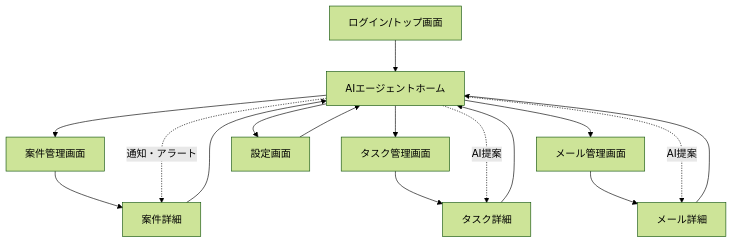
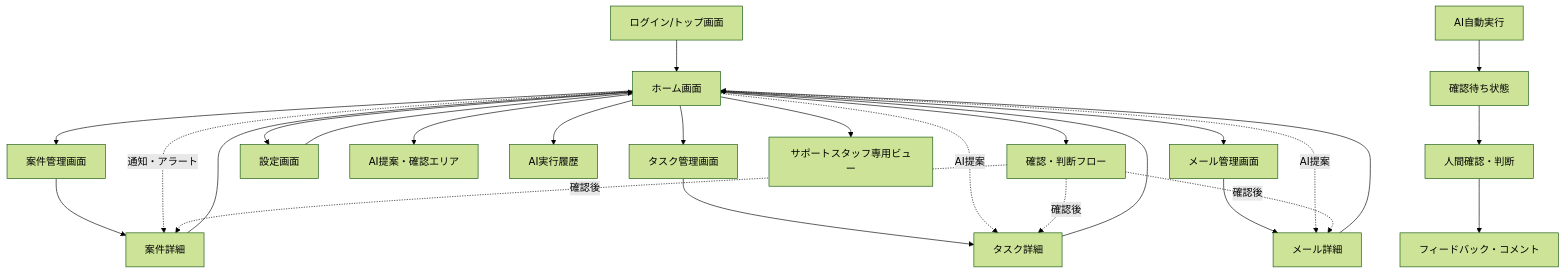
Before and after one commit to h-fujioka/salesmock: the diagram in docs/ScreenFlow_SalesOn.md, drawn with Mermaid (forest theme). The commit also changed other lines of this file and 122 other files, not shown here.

````diff
--- a/docs/ScreenFlow_SalesOn.md
+++ b/docs/ScreenFlow_SalesOn.md
@@ -7,29 +7,58 @@
 ```mermaid
 flowchart TD
     Start["ログイン/トップ画面"]
-    Home["AIエージェントホーム"]
+    Home["ホーム画面"]
     CaseList["案件管理画面"]
     TaskList["タスク管理画面"]
     MailList["メール管理画面"]
     CaseDetail["案件詳細"]
     TaskDetail["タスク詳細"]
     MailDetail["メール詳細"]
     Settings["設定画面"]
+    
+    %% ホーム画面内の確認フロー
+    AIProposal["AI提案・確認エリア"]
+    AIHistory["AI実行履歴"]
+    ApprovalFlow["確認・判断フロー"]
+    SupportView["サポートスタッフ専用ビュー"]
+    
+    %% サブフロー
+    AIAutoExec["AI自動実行"]
+    PendingReview["確認待ち状態"]
+    HumanReview["人間確認・判断"]
+    Feedback["フィードバック・コメント"]
 
     Start --> Home
     Home --> CaseList
     Home --> TaskList
     Home --> MailList
     Home --> Settings
     CaseList --> CaseDetail
     TaskList --> TaskDetail
     MailList --> MailDetail
     CaseDetail --> Home
     TaskDetail --> Home
     MailDetail --> Home
     Settings --> Home
 
+    %% ホーム画面内の遷移
+    Home --> AIProposal
+    Home --> AIHistory
+    Home --> ApprovalFlow
+    Home --> SupportView
+    
+    %% AI自動化フロー
+    AIAutoExec --> PendingReview
+    PendingReview --> HumanReview
+    HumanReview --> Feedback
+    
+    %% 通知・アラートによる直接遷移
     Home -.->|通知・アラート| CaseDetail
     Home -.->|AI提案| TaskDetail
     Home -.->|AI提案| MailDetail
+    
+    %% 確認フローからの遷移
+    ApprovalFlow -.->|確認後| TaskDetail
+    ApprovalFlow -.->|確認後| CaseDetail
+    ApprovalFlow -.->|確認後| MailDetail
 ```
````
